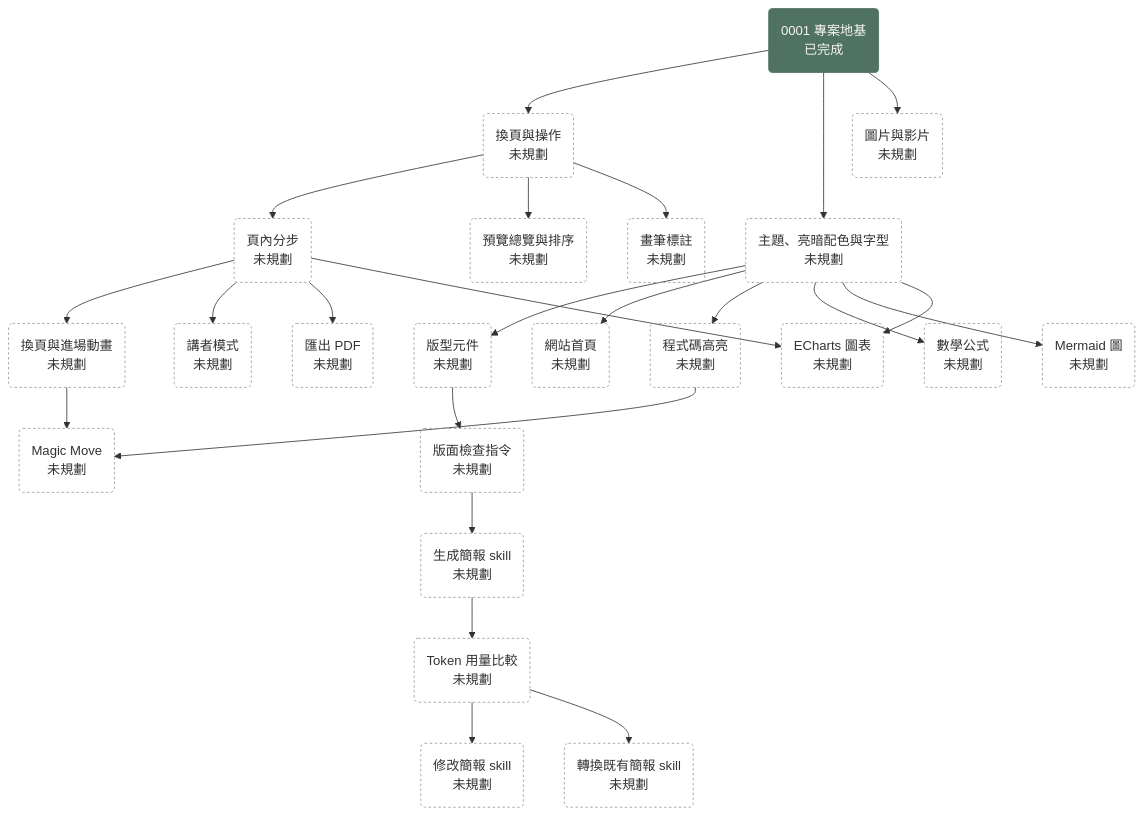
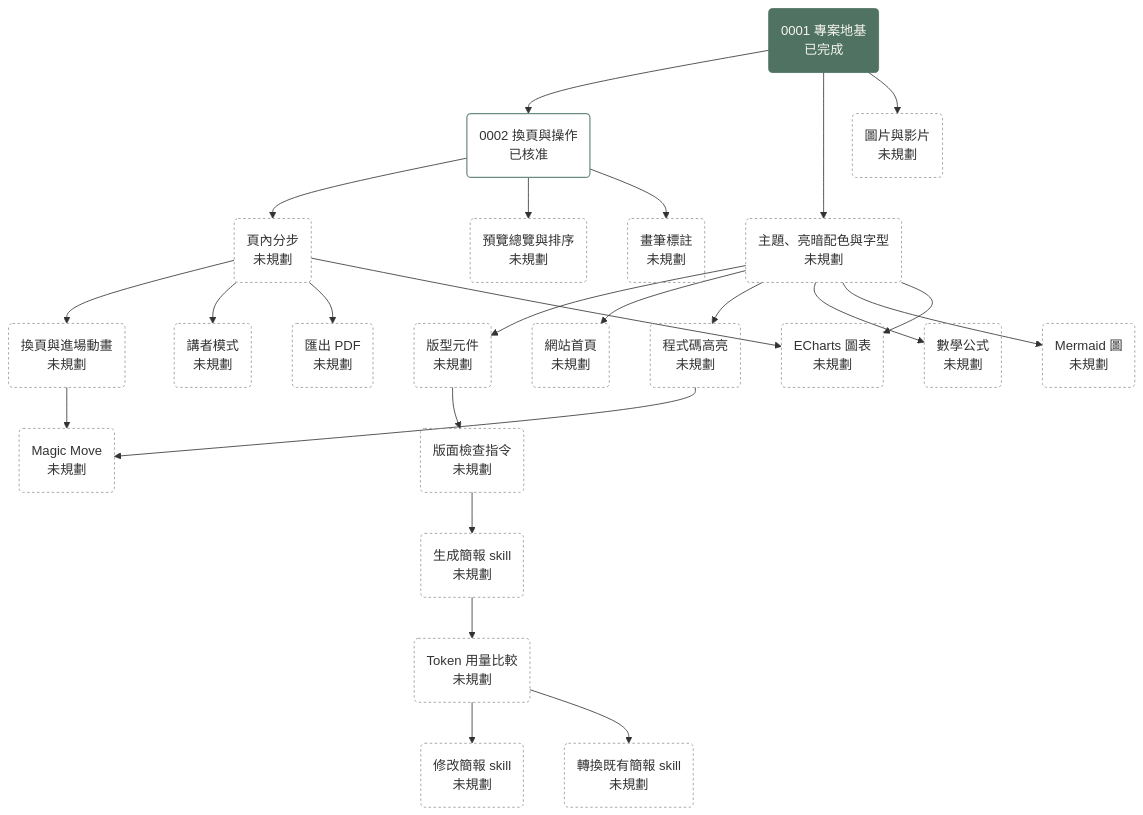
The diagram in docs/plans/roadmap.md (bingyangchen/diapo), drawn with Mermaid before and after one commit. The commit also changed other lines of this file and 1 other file, not shown here.

Commit message:
[plan 0002] Navigation and controls (#4)

````diff
--- a/docs/plans/roadmap.md
+++ b/docs/plans/roadmap.md
@@ -7,43 +7,43 @@
 ```mermaid
 flowchart TD
   P0001("0001 專案地基<br/>已完成"):::done
-  navigation("換頁與操作<br/>未規劃"):::unplanned
+  P0002("0002 換頁與操作<br/>已核准"):::approved
   steps("頁內分步<br/>未規劃"):::unplanned
   transitions("換頁與進場動畫<br/>未規劃"):::unplanned
   magic_move("Magic Move<br/>未規劃"):::unplanned
   overview("預覽總覽與排序<br/>未規劃"):::unplanned
   annotation("畫筆標註<br/>未規劃"):::unplanned
   presenter("講者模式<br/>未規劃"):::unplanned
   theme("主題、亮暗配色與字型<br/>未規劃"):::unplanned
   layouts("版型元件<br/>未規劃"):::unplanned
   media("圖片與影片<br/>未規劃"):::unplanned
   code_highlight("程式碼高亮<br/>未規劃"):::unplanned
   math("數學公式<br/>未規劃"):::unplanned
   mermaid_diagram("Mermaid 圖<br/>未規劃"):::unplanned
   charts("ECharts 圖表<br/>未規劃"):::unplanned
   pdf_export("匯出 PDF<br/>未規劃"):::unplanned
   site_home("網站首頁<br/>未規劃"):::unplanned
   layout_check("版面檢查指令<br/>未規劃"):::unplanned
   skill_generate("生成簡報 skill<br/>未規劃"):::unplanned
   token_benchmark("Token 用量比較<br/>未規劃"):::unplanned
   skill_modify("修改簡報 skill<br/>未規劃"):::unplanned
   skill_convert("轉換既有簡報 skill<br/>未規劃"):::unplanned
-  P0001 --> navigation --> steps --> transitions --> magic_move
-  navigation --> overview
-  navigation --> annotation
+  P0001 --> P0002 --> steps --> transitions --> magic_move
+  P0002 --> overview
+  P0002 --> annotation
   steps --> presenter
   steps --> pdf_export
   P0001 --> theme --> layouts --> layout_check --> skill_generate
   skill_generate --> token_benchmark --> skill_modify
   token_benchmark --> skill_convert
   P0001 --> media
   theme --> site_home
   theme --> code_highlight --> magic_move
   theme --> math
   theme --> mermaid_diagram
   theme --> charts
   steps --> charts
   classDef done fill:#4f7262,stroke:#4f7262,color:#f7f5f0
   classDef approved fill:none,stroke:#6b8f7e,stroke-width:1.5px
   classDef unplanned fill:none,stroke:#9a978f,stroke-dasharray:3 3
 ```
````
